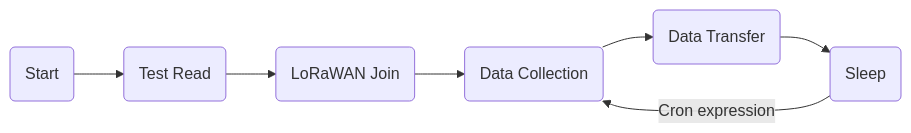
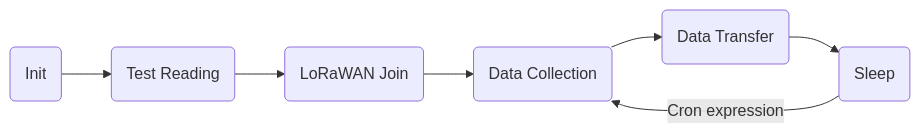
One commit to Lobaro/docs changed the diagram in docs/iot-devices/modbus-lorawan/0.3.0/index.md. Above: the diagram before and after it, drawn with Mermaid. The commit also changed other lines of this file and 2 other files, not shown here.

````diff
--- a/docs/iot-devices/modbus-lorawan/0.3.0/index.md
+++ b/docs/iot-devices/modbus-lorawan/0.3.0/index.md
@@ -33,9 +38,9 @@
 ```mermaid
 graph LR;
-    init(Start)-->check(Test Read);
+    init(Init)-->check(Test Reading);
     check-->join(LoRaWAN Join);
     join-->read(Data Collection);
     read-->send(Data Transfer);
     send-->sleep("Sleep");
     sleep-->|Cron expression| read;
 ```
````
